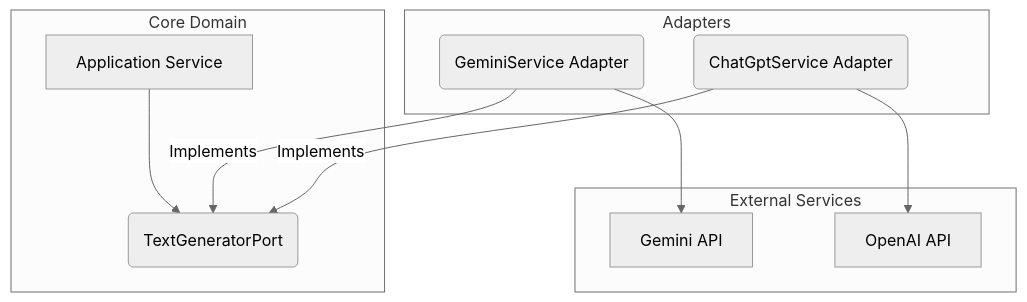
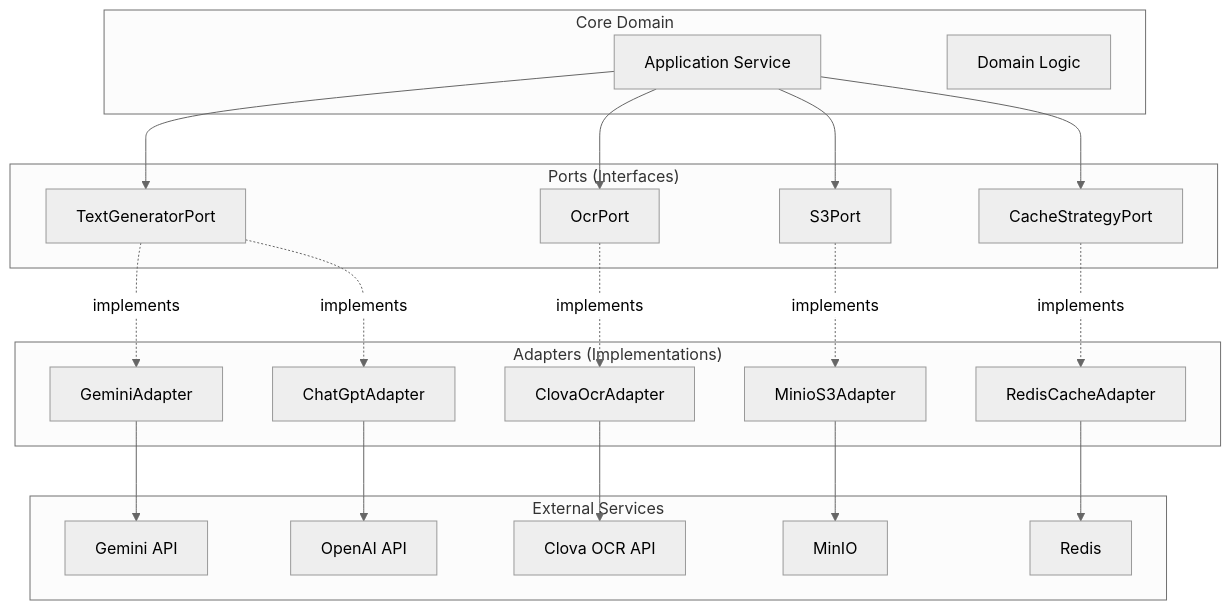
The fifth of 6 diagrams in docs/project-architecture.md (SSU-webprogramming/estate-server), drawn with Mermaid (neutral theme) before and after one commit. The commit also changed other lines of this file and 9 other files, not shown here.

````diff
--- a/docs/project-architecture.md
+++ b/docs/project-architecture.md
@@ -65,19 +370,47 @@
 ```mermaid
 graph TD
-    subgraph Core Domain
-        A[Application Service] --> B(TextGeneratorPort)
+    subgraph "Core Domain"
+        A[Application Service]
+        B[Domain Logic]
     end
 
-    subgraph Adapters
-        C(GeminiService Adapter) -- Implements --> B
-        D(ChatGptService Adapter) -- Implements --> B
+    subgraph "Ports (Interfaces)"
+        C[TextGeneratorPort]
+        D[OcrPort]
+        E[S3Port]
+        F[CacheStrategyPort]
     end
 
-    subgraph External Services
-        E[Gemini API]
-        F[OpenAI API]
+    subgraph "Adapters (Implementations)"
+        G[GeminiAdapter]
+        H[ChatGptAdapter]
+        I[ClovaOcrAdapter]
+        J[MinioS3Adapter]
+        K[RedisCacheAdapter]
     end
 
-    C --> E
-    D --> F
+    subgraph "External Services"
+        L[Gemini API]
+        M[OpenAI API]
+        N[Clova OCR API]
+        O[MinIO]
+        P[Redis]
+    end
+
+    A --> C
+    A --> D
+    A --> E
+    A --> F
+    
+    C -.implements.-> G
+    C -.implements.-> H
+    D -.implements.-> I
+    E -.implements.-> J
+    F -.implements.-> K
+    
+    G --> L
+    H --> M
+    I --> N
+    J --> O
+    K --> P
 ```
````
